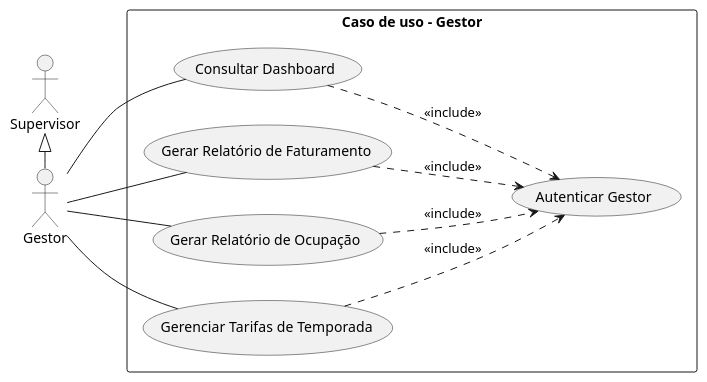
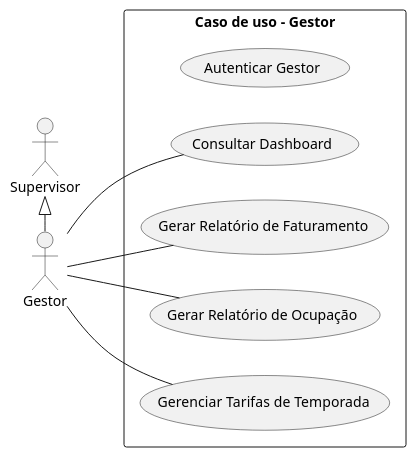
One commit to gusjjpv/serro-hotelaria changed the diagram in diagramas/UC2_gestao.iuml. Above: the diagram before and after it, drawn with PlantUML. The commit also changed 1 other file, not shown here.

```diff
--- a/diagramas/UC2_gestao.iuml
+++ b/diagramas/UC2_gestao.iuml
@@ -1,29 +1,24 @@
 @startuml
 left to right direction
 
 actor "Gestor" as g
 actor "Supervisor" as supervisor
 
 rectangle "Caso de uso - Gestor" {
     usecase "Autenticar Gestor" as auth
     
-        usecase "Consultar Dashboard" as uc17
-        usecase "Gerar Relatório de Faturamento" as uc18
-        usecase "Gerar Relatório de Ocupação" as uc19
-        usecase "Gerenciar Tarifas de Temporada" as uc20
+    usecase "Consultar Dashboard" as uc17
+    usecase "Gerar Relatório de Faturamento" as uc18
+    usecase "Gerar Relatório de Ocupação" as uc19
+    usecase "Gerenciar Tarifas de Temporada" as uc20
 
 
     g -- uc17
     g -- uc18
     g -- uc19
     g -- uc20
 
-    uc17 ..> auth : <<include>>
-    uc18 ..> auth : <<include>>
-    uc19 ..> auth : <<include>>
-    uc20 ..> auth : <<include>>
-
     supervisor <|-right- g
 }
 
 @enduml
```
